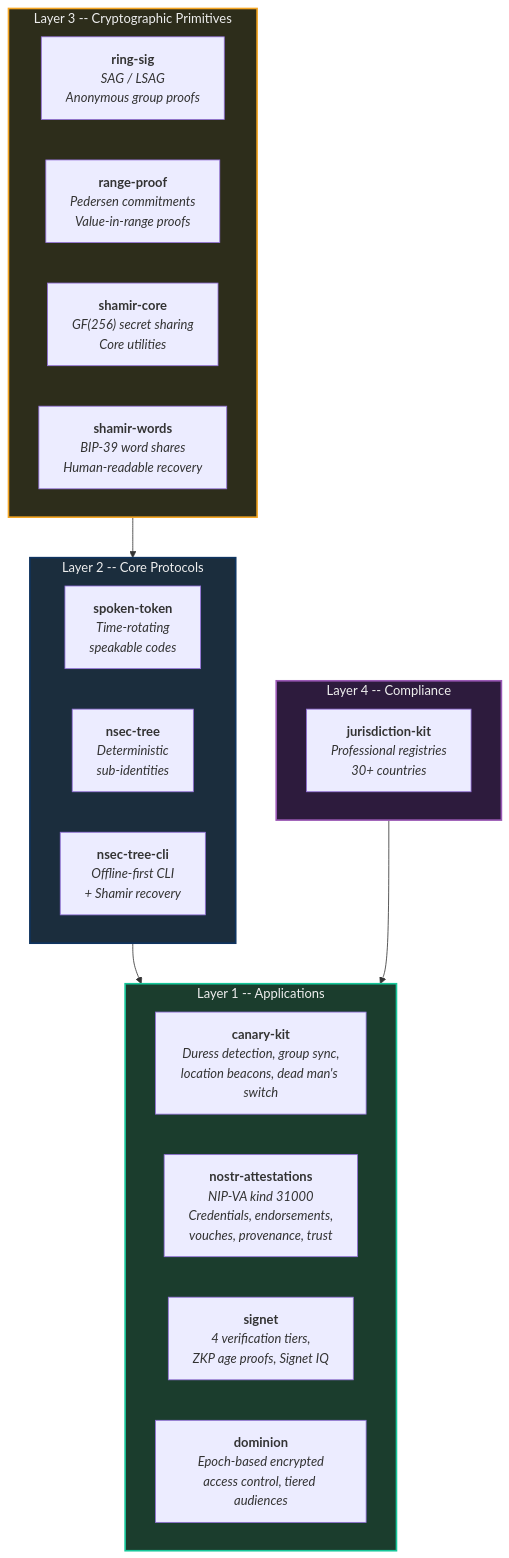
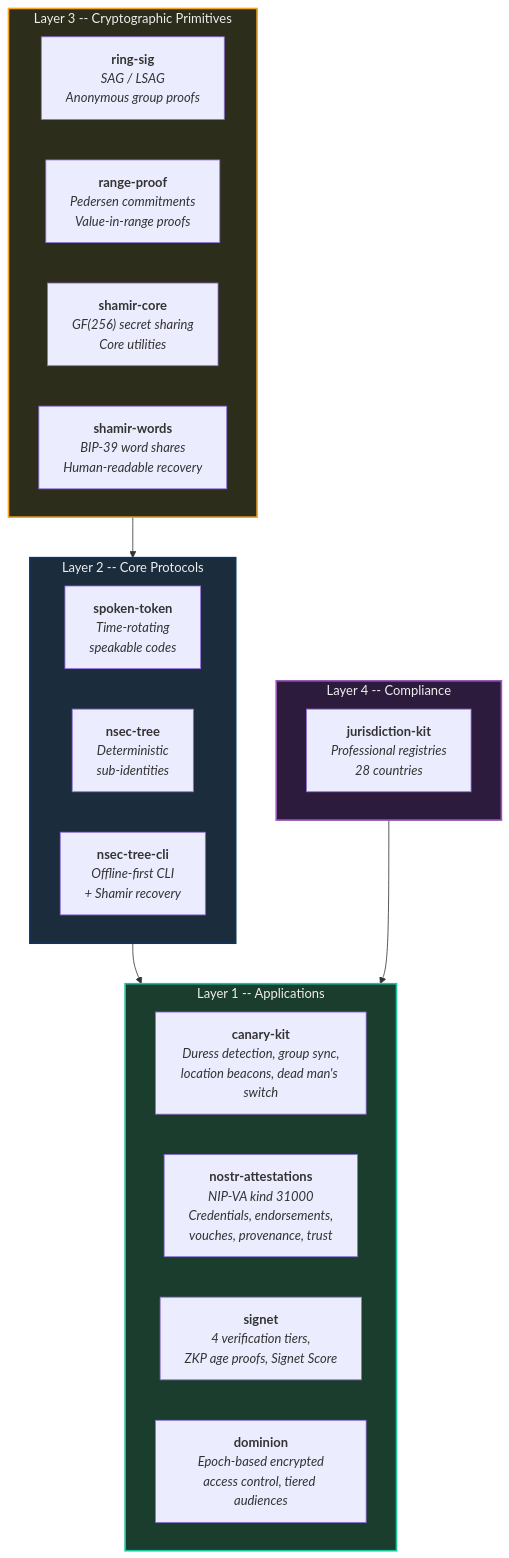
One commit to forgesworn/.github changed the diagram in docs/identity-stack.md. Above: the diagram before and after it, drawn with Mermaid. The commit also changed other lines of this file and 2 other files, not shown here.

Commit message:
docs: sync catalogue and profile with the live org
- add heartwood-ledger, cambium, and nsec-tree-py to the catalogue (45 repos)
- rewrite heartwood copy for the keyless-bridge architecture (no Pi appliance,
  no Tor web UI, no on-box key storage)
- correct stale figures: nip-drafts 30 -> 36, jurisdiction-kit 30+ -> 28,
  bray 235 -> 238 tools, Signet IQ -> Signet Score, esp32 V4 -> V3/V4
- drop sapwood's stale 21 KB size claim
- remove references to private repos (nostr-anon-vote, signet-app,
  signet-verification-bot) from the public profile

````diff
--- a/docs/identity-stack.md
+++ b/docs/identity-stack.md
@@ -7,52 +7,52 @@
 ```mermaid
 graph TB
     subgraph layer1["Layer 1 -- Applications"]
         direction LR
         CK["<b>canary-kit</b><br/><i>Duress detection, group sync,<br/>location beacons, dead man's switch</i>"]
         NA["<b>nostr-attestations</b><br/><i>NIP-VA kind 31000<br/>Credentials, endorsements,<br/>vouches, provenance, trust</i>"]
-        SG["<b>signet</b><br/><i>4 verification tiers,<br/>ZKP age proofs, Signet IQ</i>"]
+        SG["<b>signet</b><br/><i>4 verification tiers,<br/>ZKP age proofs, Signet Score</i>"]
         DM["<b>dominion</b><br/><i>Epoch-based encrypted<br/>access control, tiered audiences</i>"]
     end
 
     subgraph layer2["Layer 2 -- Core Protocols"]
         direction LR
         ST["<b>spoken-token</b><br/><i>Time-rotating<br/>speakable codes</i>"]
         NT["<b>nsec-tree</b><br/><i>Deterministic<br/>sub-identities</i>"]
         NTCLI["<b>nsec-tree-cli</b><br/><i>Offline-first CLI<br/>+ Shamir recovery</i>"]
     end
 
     subgraph layer3["Layer 3 -- Cryptographic Primitives"]
         direction LR
         RS["<b>ring-sig</b><br/><i>SAG / LSAG<br/>Anonymous group proofs</i>"]
         RP["<b>range-proof</b><br/><i>Pedersen commitments<br/>Value-in-range proofs</i>"]
         SC["<b>shamir-core</b><br/><i>GF(256) secret sharing<br/>Core utilities</i>"]
         SW["<b>shamir-words</b><br/><i>BIP-39 word shares<br/>Human-readable recovery</i>"]
     end
 
     subgraph layer4["Layer 4 -- Compliance"]
         direction LR
-        JK["<b>jurisdiction-kit</b><br/><i>Professional registries<br/>30+ countries</i>"]
+        JK["<b>jurisdiction-kit</b><br/><i>Professional registries<br/>28 countries</i>"]
     end
 
     layer3 --> layer2
     layer2 --> layer1
     layer4 --> layer1
 
     click CK "https://github.com/forgesworn/canary-kit" _blank
     click NA "https://github.com/forgesworn/nostr-attestations" _blank
     click SG "https://github.com/forgesworn/signet" _blank
     click DM "https://github.com/forgesworn/dominion" _blank
     click ST "https://github.com/forgesworn/spoken-token" _blank
     click NT "https://github.com/forgesworn/nsec-tree" _blank
     click NTCLI "https://github.com/forgesworn/nsec-tree-cli" _blank
     click RS "https://github.com/forgesworn/ring-sig" _blank
     click RP "https://github.com/forgesworn/range-proof" _blank
     click SC "https://github.com/forgesworn/shamir-core" _blank
     click SW "https://github.com/forgesworn/shamir-words" _blank
     click JK "https://github.com/forgesworn/jurisdiction-kit" _blank
 
     style layer1 fill:#1b3d2d,stroke:#16c79a,color:#eee,stroke-width:2px
     style layer2 fill:#1b2d3d,stroke:#0f3460,color:#eee,stroke-width:2px
     style layer3 fill:#2d2d1b,stroke:#f5a623,color:#eee,stroke-width:2px
     style layer4 fill:#2d1b3d,stroke:#9b59b6,color:#eee,stroke-width:2px
 ```
````
